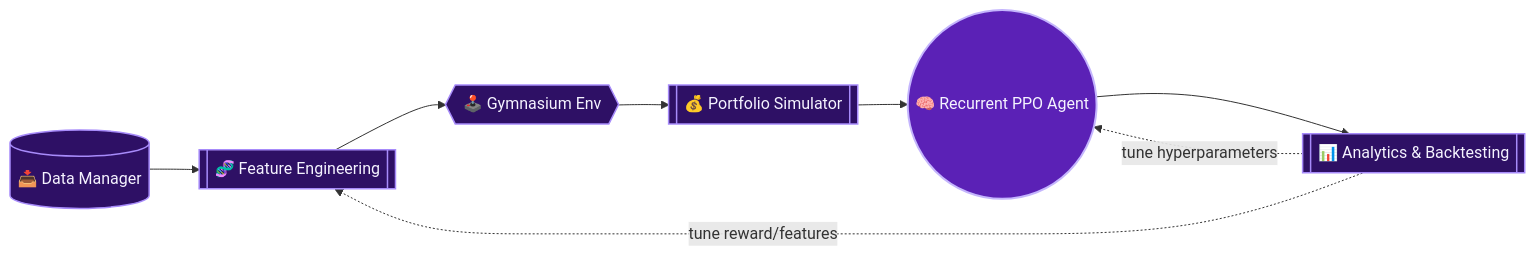
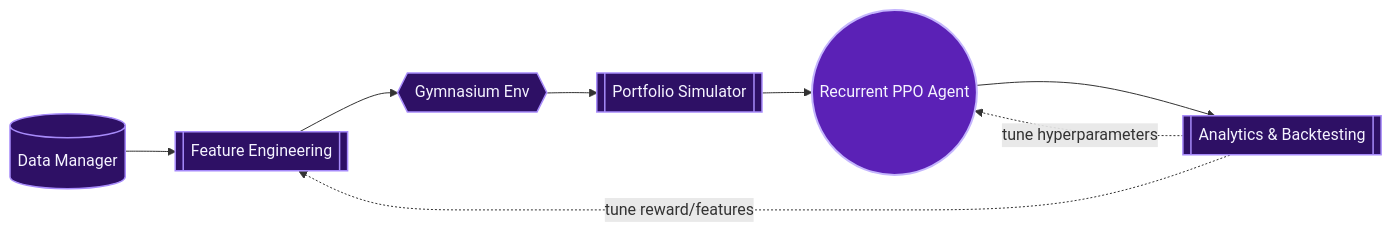
One commit to darkisthenight07/RL-strategy-for-cryptomarkets changed the diagram in README.md. Above: the diagram before and after it, drawn with Mermaid. The commit also changed other lines of this file, not shown here.

````diff
--- a/README.md
+++ b/README.md
@@ -175,15 +175,15 @@
 ```mermaid
 flowchart LR
-    A[("📥 Data Manager")] --> B[["🧬 Feature Engineering"]]
-    B --> C{{"🕹️ Gymnasium Env"}}
-    C --> D[["💰 Portfolio Simulator"]]
-    D --> E(("🧠 Recurrent PPO Agent"))
-    E --> F[["📊 Analytics & Backtesting"]]
+    A[(" Data Manager")] --> B[[" Feature Engineering"]]
+    B --> C{{" Gymnasium Env"}}
+    C --> D[[" Portfolio Simulator"]]
+    D --> E((" Recurrent PPO Agent"))
+    E --> F[[" Analytics & Backtesting"]]
     F -. tune reward/features .-> B
     F -. tune hyperparameters .-> E
 
     classDef stage fill:#2E1065,stroke:#A78BFA,stroke-width:1.5px,color:#F5F3FF;
     classDef agent fill:#5B21B6,stroke:#C4B5FD,stroke-width:2px,color:#F5F3FF;
     class A,B,C,D,F stage;
     class E agent;
 ```
````
